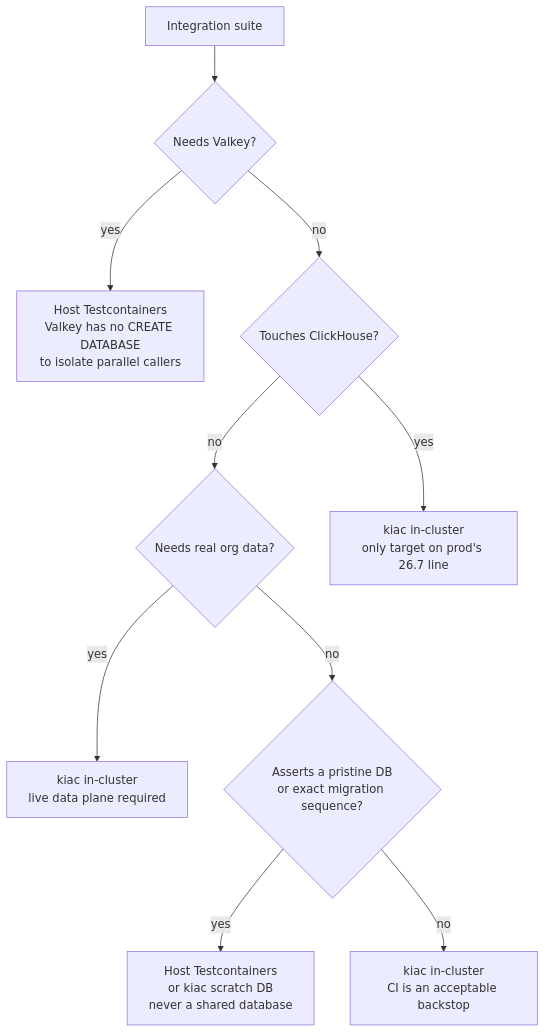
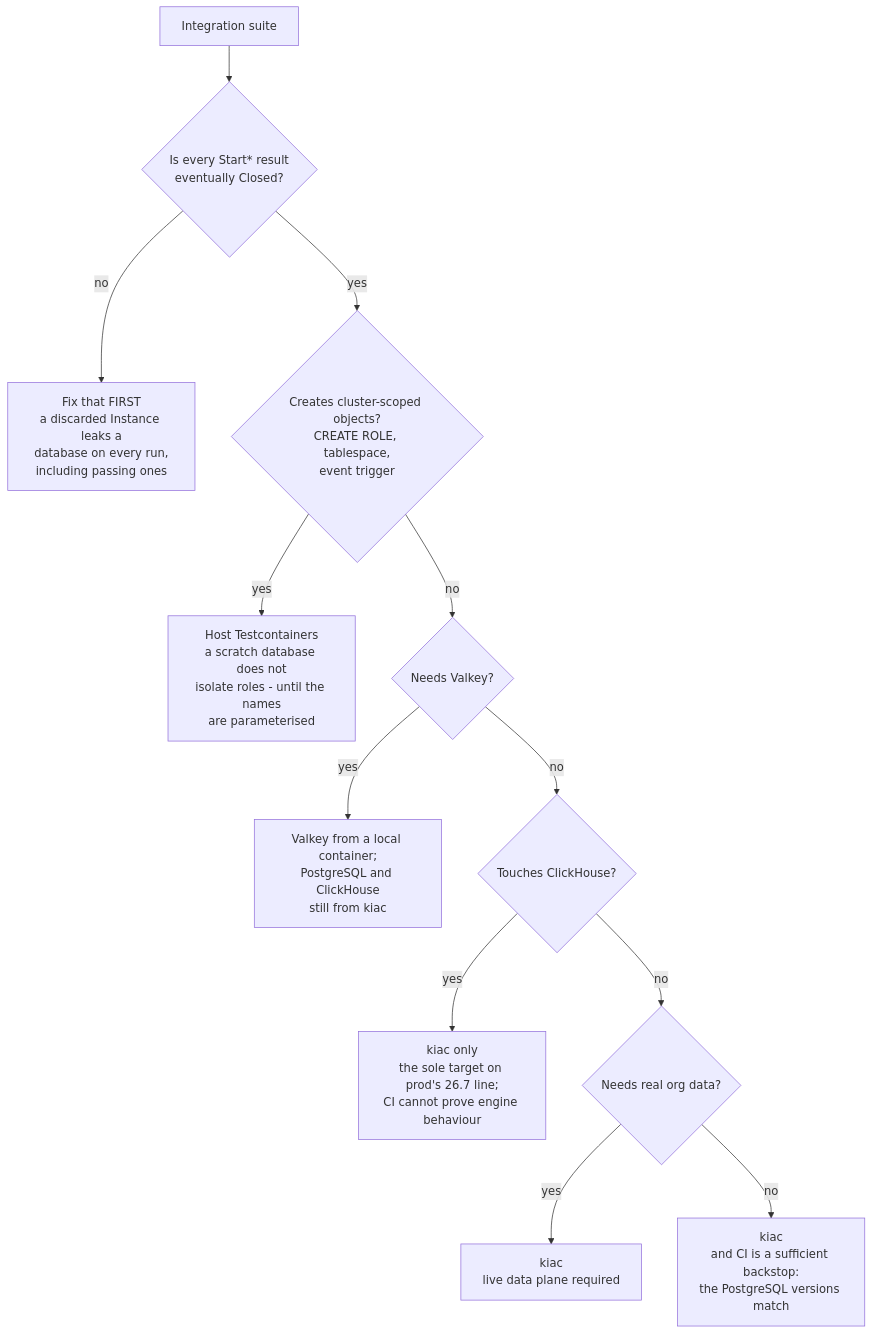
The diagram in docs/contribute/development/integration-suite-targets.md (full-chaos/dev-health-ops), drawn with Mermaid before and after one commit. The commit also changed other lines of this file, not shown here.

````diff
--- a/docs/contribute/development/integration-suite-targets.md
+++ b/docs/contribute/development/integration-suite-targets.md
@@ -72,12 +76,14 @@
 ```mermaid
 flowchart TD
-    A[Integration suite] --> B{Needs Valkey?}
-    B -- yes --> C[Host Testcontainers<br/>Valkey has no CREATE DATABASE<br/>to isolate parallel callers]
-    B -- no --> D{Touches ClickHouse?}
-    D -- no --> E{Needs real org data?}
-    D -- yes --> F[kiac in-cluster<br/>only target on prod's 26.7 line]
-    E -- yes --> G[kiac in-cluster<br/>live data plane required]
-    E -- no --> H{Asserts a pristine DB<br/>or exact migration sequence?}
-    H -- yes --> I[Host Testcontainers<br/>or kiac scratch DB<br/>never a shared database]
-    H -- no --> J[kiac in-cluster<br/>CI is an acceptable backstop]
+    A[Integration suite] --> P{Is every Start* result<br/>eventually Closed?}
+    P -- no --> PF[Fix that FIRST<br/>a discarded Instance leaks a<br/>database on every run,<br/>including passing ones]
+    P -- yes --> B{Creates cluster-scoped objects?<br/>CREATE ROLE, tablespace,<br/>event trigger}
+    B -- yes --> C[Host Testcontainers<br/>a scratch database does not<br/>isolate roles - until the names<br/>are parameterised]
+    B -- no --> D{Needs Valkey?}
+    D -- yes --> E[Valkey from a local container;<br/>PostgreSQL and ClickHouse<br/>still from kiac]
+    D -- no --> F{Touches ClickHouse?}
+    F -- yes --> G[kiac only<br/>the sole target on prod's 26.7 line;<br/>CI cannot prove engine behaviour]
+    F -- no --> H{Needs real org data?}
+    H -- yes --> I[kiac<br/>live data plane required]
+    H -- no --> J[kiac<br/>and CI is a sufficient backstop:<br/>the PostgreSQL versions match]
 ```
````
